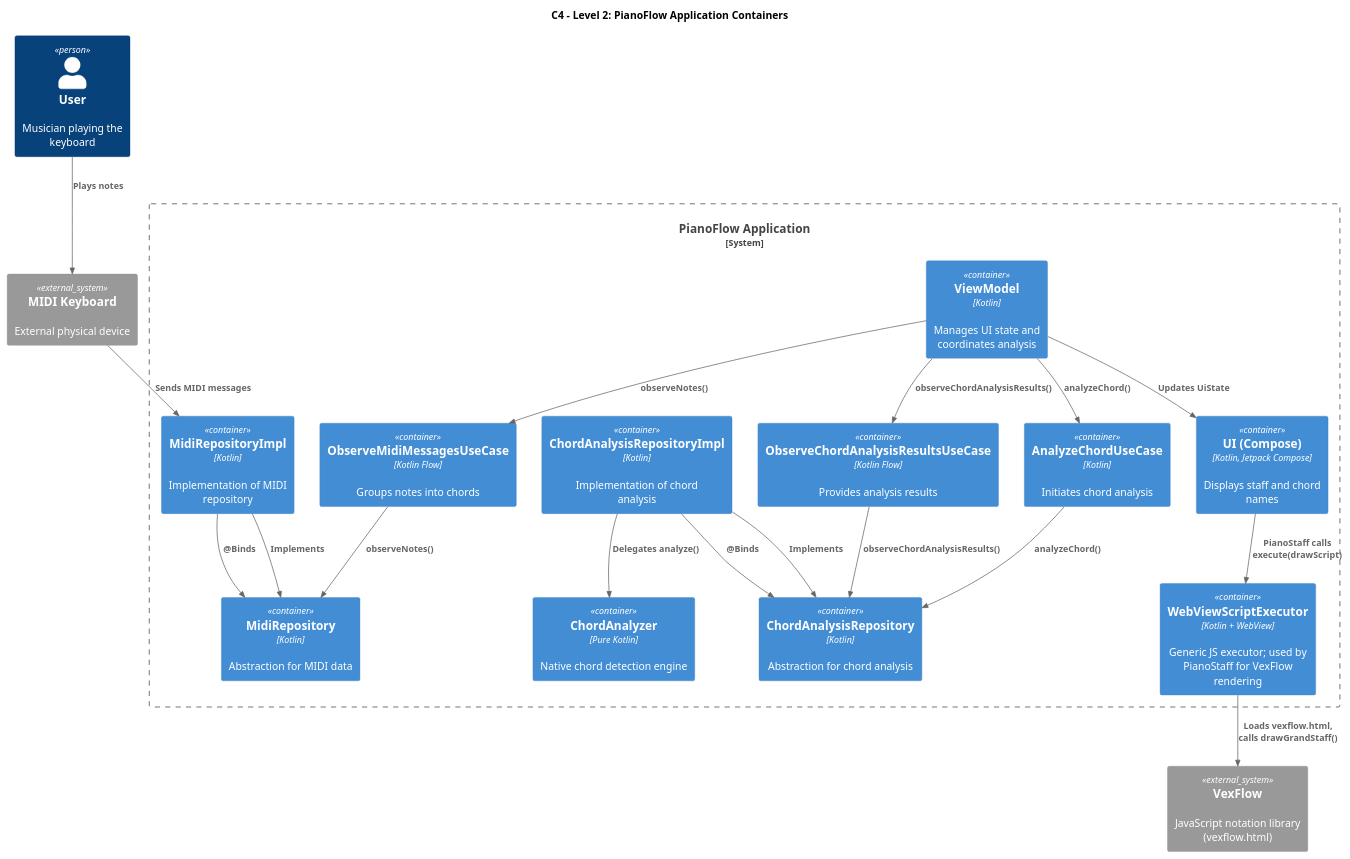
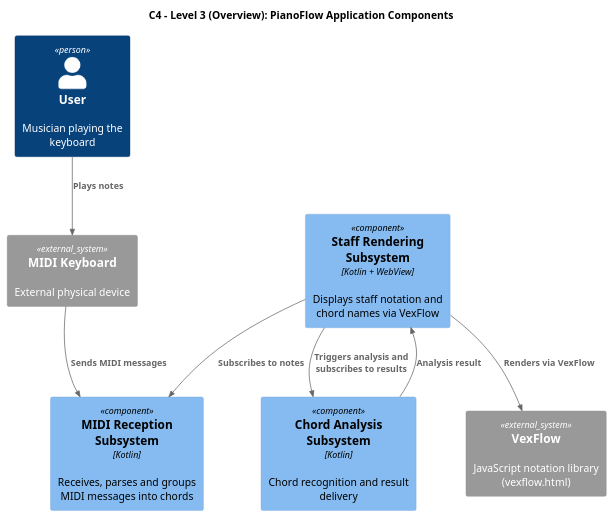
The first of 10 diagrams in docs/en/specs/MIDI_MESSAGE_PROCESSING.md (astrizhachuk/PianoFlow), drawn with PlantUML before and after one commit. The commit also changed other lines of this file and 3 other files, not shown here.

````diff
--- a/docs/en/specs/MIDI_MESSAGE_PROCESSING.md
+++ b/docs/en/specs/MIDI_MESSAGE_PROCESSING.md
@@ -52,47 +52,23 @@
 ```plantuml
 @startuml
-!include https://raw.githubusercontent.com/plantuml-stdlib/C4-PlantUML/master/C4_Container.puml
+!include https://raw.githubusercontent.com/plantuml-stdlib/C4-PlantUML/master/C4_Component.puml
 
-title C4 - Level 2: PianoFlow Application Containers
+title C4 - Level 3 (Overview): PianoFlow Application Components
 
 Person(user, "User", "Musician playing the keyboard")
 System_Ext(midi_device, "MIDI Keyboard", "External physical device")
 System_Ext(vexflow, "VexFlow", "JavaScript notation library (vexflow.html)")
 
-System_Boundary(piano_flow, "PianoFlow Application") {
-    Container(ui, "UI (Compose)", "Kotlin, Jetpack Compose", "Displays staff and chord names")
-    Container(vm, "ViewModel", "Kotlin", "Manages UI state and coordinates analysis")
-    Container(observe_midi, "ObserveMidiMessagesUseCase", "Kotlin Flow", "Groups notes into chords")
-    Container(analyze_chord, "AnalyzeChordUseCase", "Kotlin", "Initiates chord analysis")
-    Container(observe_chord, "ObserveChordAnalysisResultsUseCase", "Kotlin Flow", "Provides analysis results")
-    Container(midi_repo, "MidiRepository", "Kotlin", "Abstraction for MIDI data")
-    Container(chord_repo, "ChordAnalysisRepository", "Kotlin", "Abstraction for chord analysis")
-    Container(midi_repo_impl, "MidiRepositoryImpl", "Kotlin", "Implementation of MIDI repository")
-    Container(chord_repo_impl, "ChordAnalysisRepositoryImpl", "Kotlin", "Implementation of chord analysis")
-    Container(chord_analyzer, "ChordAnalyzer", "Pure Kotlin", "Native chord detection engine")
-    Container(script_executor, "WebViewScriptExecutor", "Kotlin + WebView", "Generic JS executor; used by PianoStaff for VexFlow rendering")
-}
+Component(midi_subsystem, "MIDI Reception Subsystem", "Kotlin", "Receives, parses and groups MIDI messages into chords")
+Component(chord_subsystem, "Chord Analysis Subsystem", "Kotlin", "Chord recognition and result delivery")
+Component(rendering_subsystem, "Staff Rendering Subsystem", "Kotlin + WebView", "Displays staff notation and chord names via VexFlow")
 
 Rel(user, midi_device, "Plays notes")
-Rel(midi_device, midi_repo_impl, "Sends MIDI messages")
-Rel(midi_repo_impl, midi_repo, "Implements")
-Rel(chord_repo_impl, chord_repo, "Implements")
-Rel(chord_repo_impl, chord_analyzer, "Delegates analyze()")
-
-Rel(vm, observe_midi, "observeNotes()")
-Rel(vm, analyze_chord, "analyzeChord()")
-Rel(vm, observe_chord, "observeChordAnalysisResults()")
-
-Rel(observe_midi, midi_repo, "observeNotes()")
-Rel(analyze_chord, chord_repo, "analyzeChord()")
-Rel(observe_chord, chord_repo, "observeChordAnalysisResults()")
-
-Rel(midi_repo_impl, midi_repo, "@Binds")
-Rel(chord_repo_impl, chord_repo, "@Binds")
-
-Rel(vm, ui, "Updates UiState")
-Rel(ui, script_executor, "PianoStaff calls execute(drawScript)")
-Rel(script_executor, vexflow, "Loads vexflow.html, calls drawGrandStaff()")
+Rel(midi_device, midi_subsystem, "Sends MIDI messages")
+Rel(rendering_subsystem, midi_subsystem, "Subscribes to notes")
+Rel(rendering_subsystem, chord_subsystem, "Triggers analysis and subscribes to results")
+Rel(chord_subsystem, rendering_subsystem, "Analysis result")
+Rel(rendering_subsystem, vexflow, "Renders via VexFlow")
 
 @enduml
 ```
````
